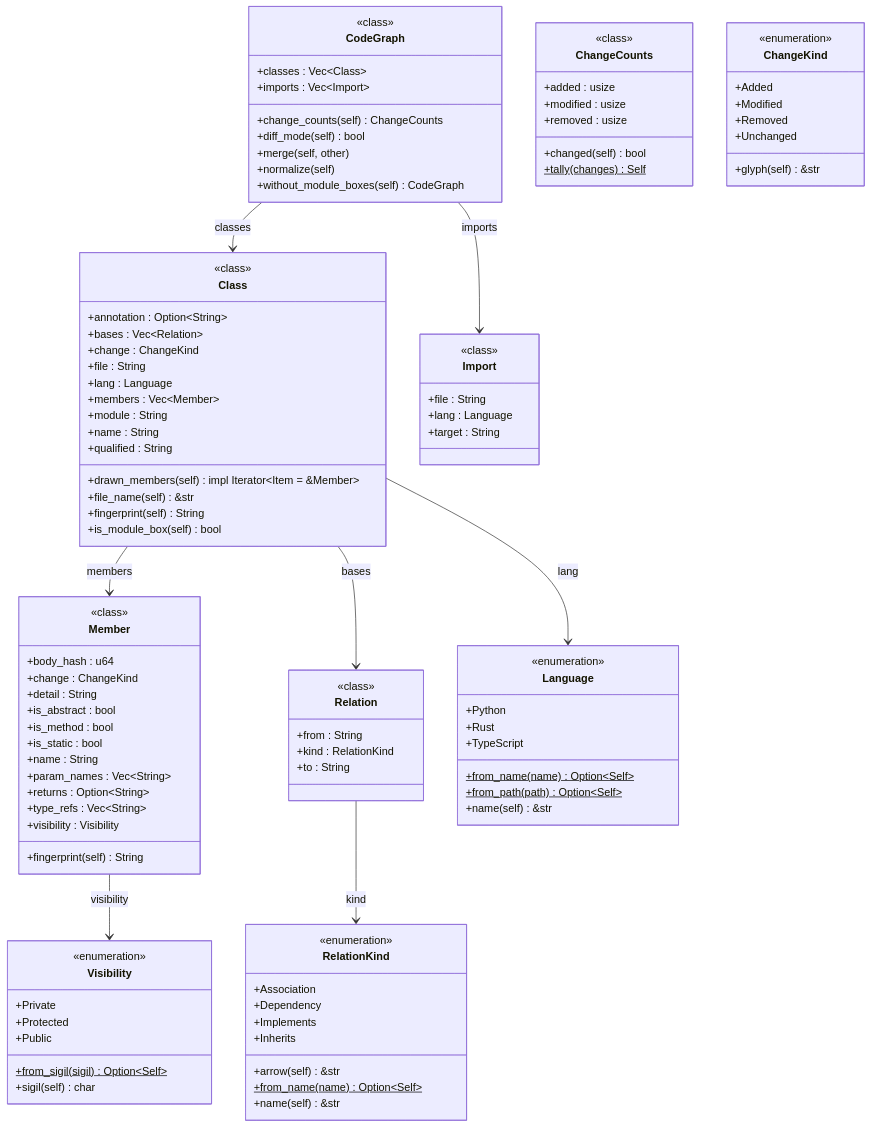
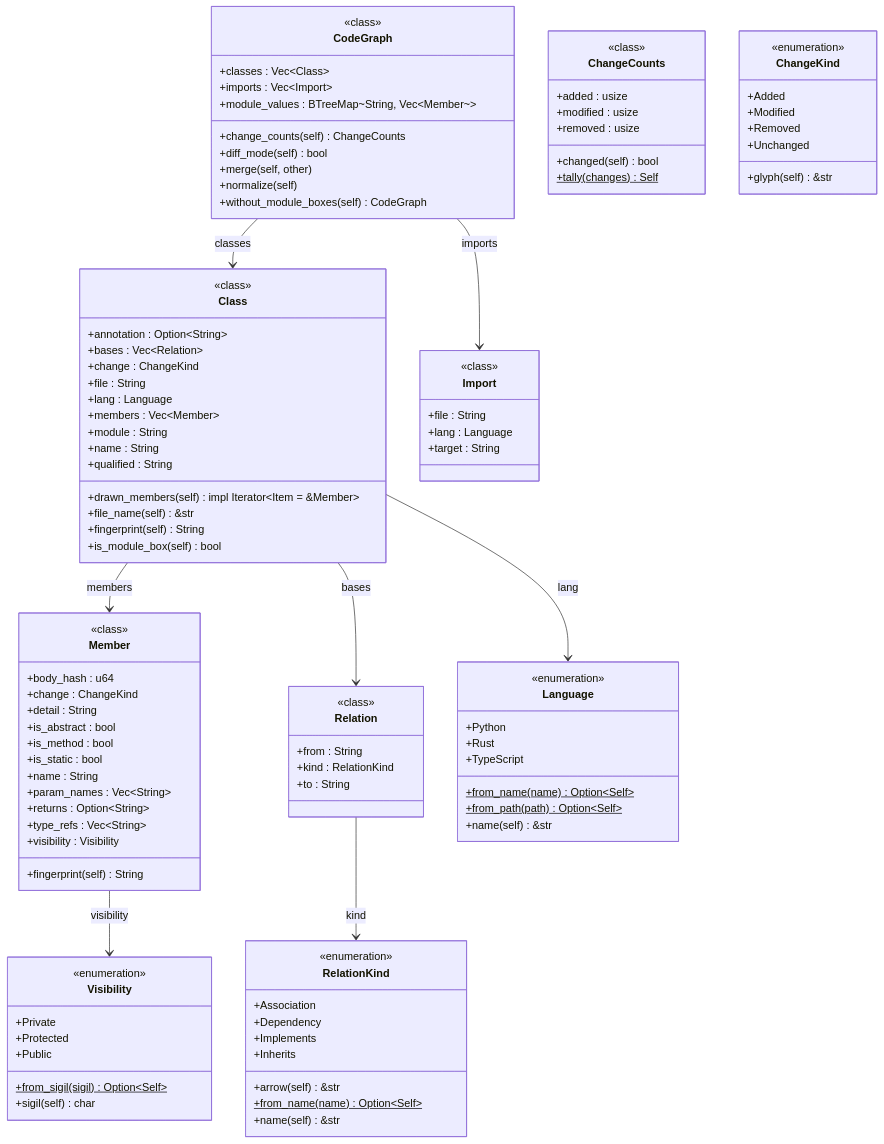
One commit to stiproot/vizzle changed the diagram in docs/diagrams/core-model.md. Above: the diagram before and after it, drawn with Mermaid. The commit also changed 29 other files, not shown here.

```diff
--- a/docs/diagrams/core-model.md
+++ b/docs/diagrams/core-model.md
@@ -48,6 +48,7 @@
     +diff_mode(self) bool
     +imports : Vec~Import~
     +merge(self, other)
+    +module_values : BTreeMap~String, Vec~Member~~
     +normalize(self)
     +without_module_boxes(self) CodeGraph
   }
```
